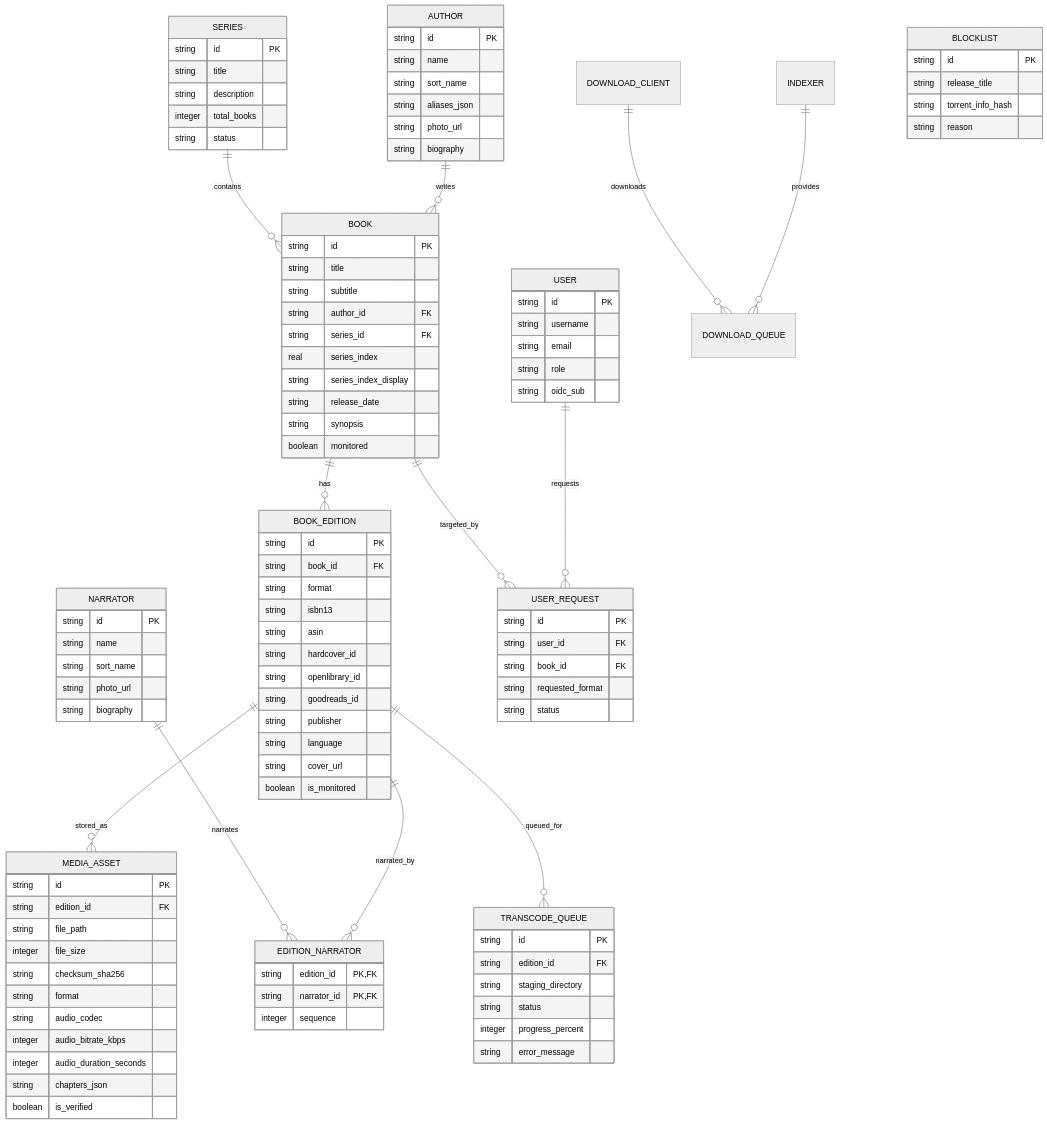
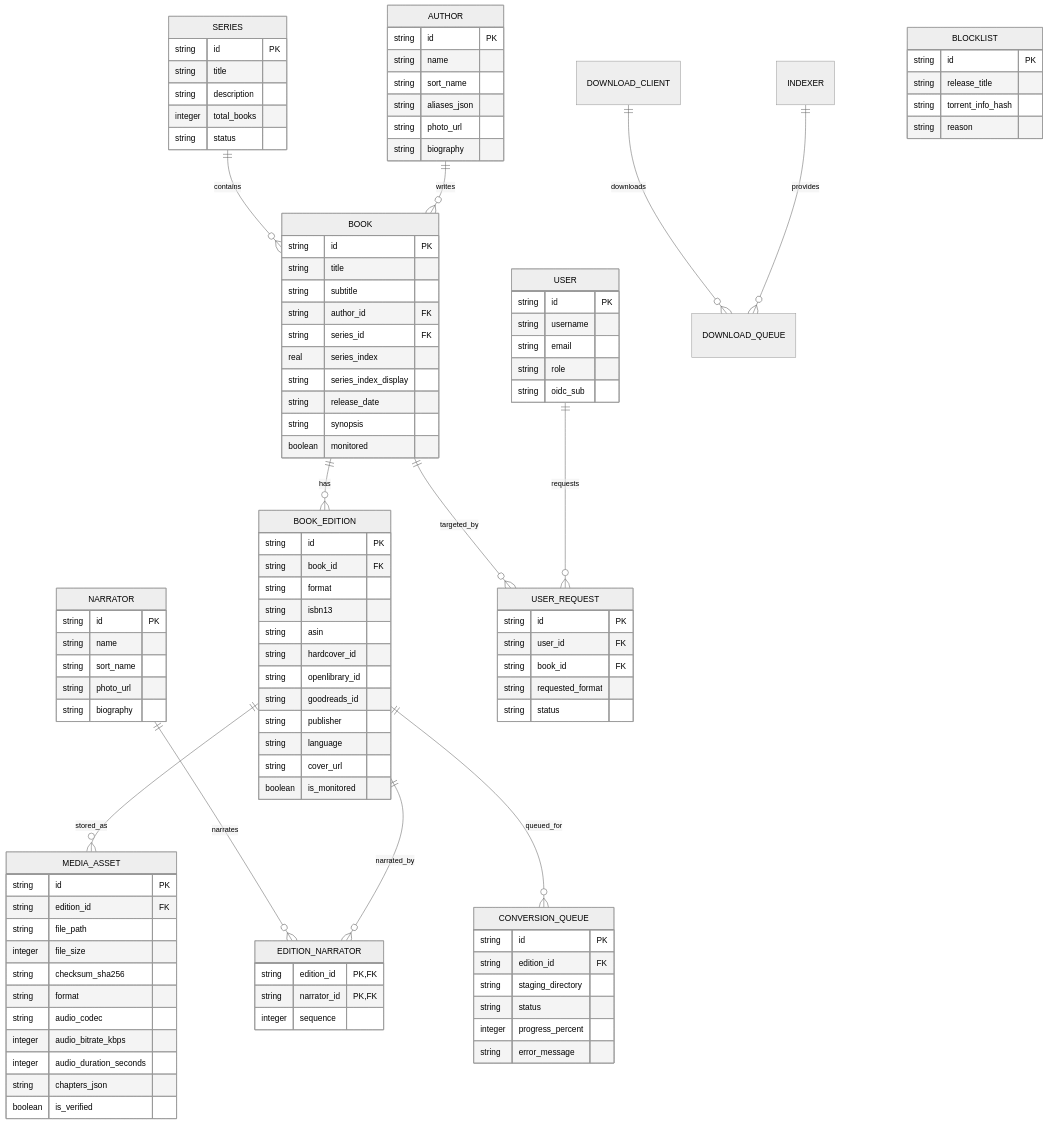
The diagram in DATA_MODEL.md (t0ggl/callimachus), drawn with Mermaid (neutral theme) before and after one commit. The commit also changed other lines of this file and 52 other files, not shown here.

```diff
--- a/DATA_MODEL.md
+++ b/DATA_MODEL.md
@@ -43,7 +43,7 @@
     BOOK_EDITION ||--o{ EDITION_NARRATOR : narrated_by
     NARRATOR ||--o{ EDITION_NARRATOR : narrates
     BOOK_EDITION ||--o{ MEDIA_ASSET : stored_as
-    BOOK_EDITION ||--o{ TRANSCODE_QUEUE : queued_for
+    BOOK_EDITION ||--o{ CONVERSION_QUEUE : queued_for
     USER ||--o{ USER_REQUEST : requests
     BOOK ||--o{ USER_REQUEST : targeted_by
     INDEXER ||--o{ DOWNLOAD_QUEUE : provides
@@ -122,7 +122,7 @@
         boolean is_verified
     }
 
-    TRANSCODE_QUEUE {
+    CONVERSION_QUEUE {
         string id PK
         string edition_id FK
         string staging_directory
```
